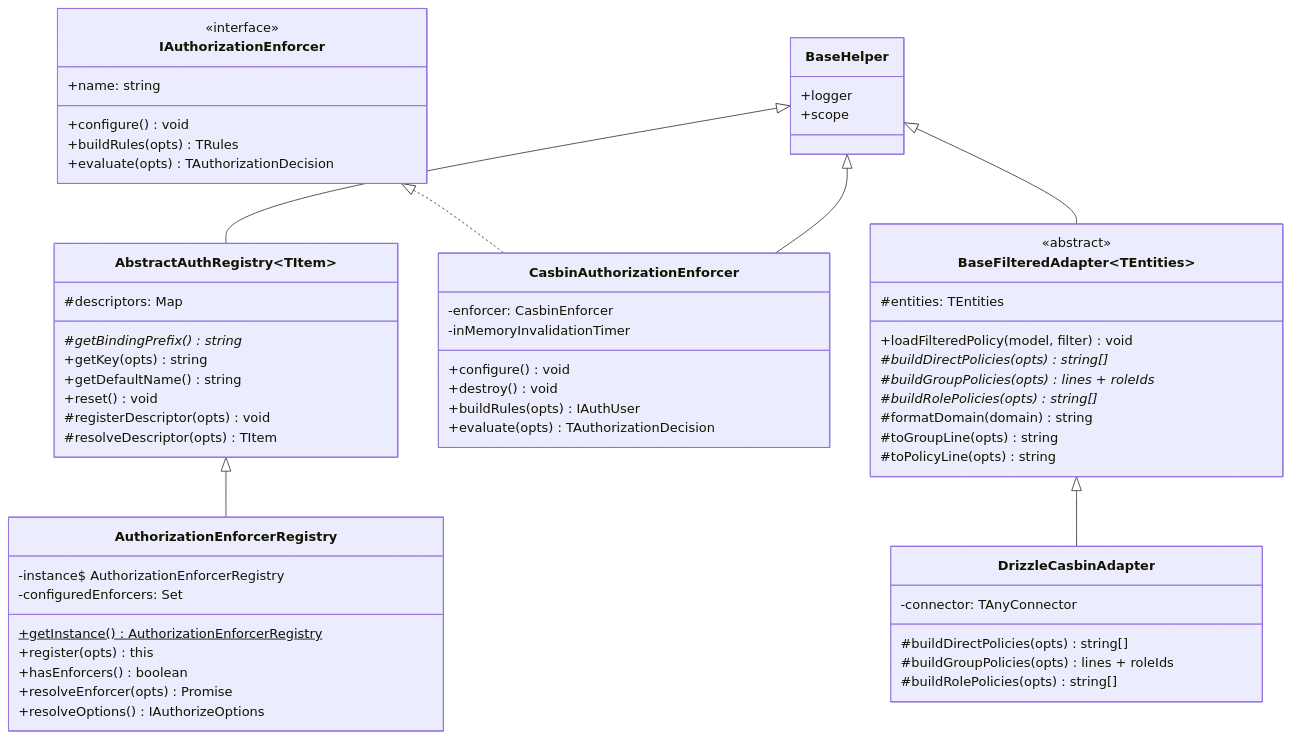
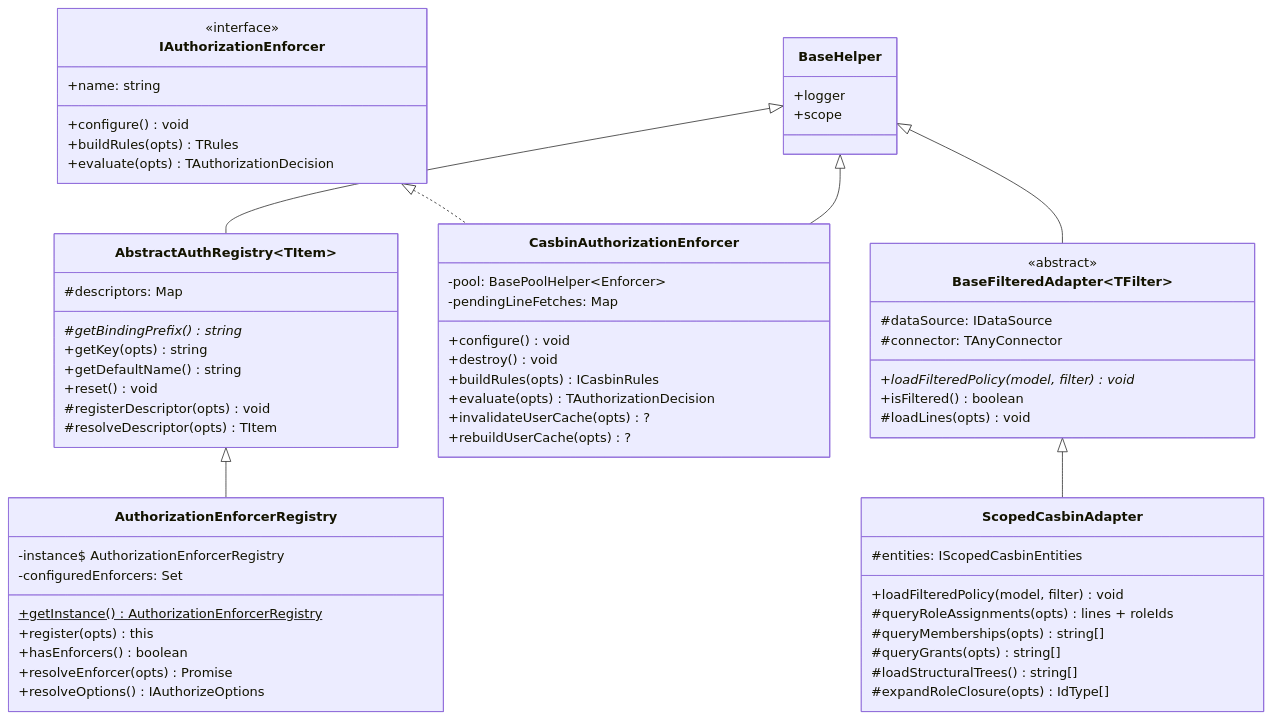
One commit to VENIZIA-AI/ignis changed the third of 6 diagrams in packages/docs/wiki/extensions/components/authorization/api.md. Above: the diagram before and after it, drawn with Mermaid. The commit also changed other lines of this file and 62 other files, not shown here.

Commit message:
refactor queue helper to sequential queue helper | significant enhance drizzle casbin adapter

````diff
--- a/packages/docs/wiki/extensions/components/authorization/api.md
+++ b/packages/docs/wiki/extensions/components/authorization/api.md
@@ -74,70 +74,72 @@
 ```mermaid
 classDiagram
     class BaseHelper {
         +logger
         +scope
     }
 
     class AbstractAuthRegistry~TItem~ {
         #descriptors: Map
         #getBindingPrefix()* string
         +getKey(opts) string
         +getDefaultName() string
         +reset() void
         #registerDescriptor(opts) void
         #resolveDescriptor(opts) TItem
     }
 
     class AuthorizationEnforcerRegistry {
         -instance$ AuthorizationEnforcerRegistry
         -configuredEnforcers: Set
         +getInstance()$ AuthorizationEnforcerRegistry
         +register(opts) this
         +hasEnforcers() boolean
         +resolveEnforcer(opts) Promise
         +resolveOptions() IAuthorizeOptions
     }
 
     class IAuthorizationEnforcer {
         <<interface>>
         +name: string
         +configure() void
         +buildRules(opts) TRules
         +evaluate(opts) TAuthorizationDecision
     }
 
     class CasbinAuthorizationEnforcer {
-        -enforcer: CasbinEnforcer
-        -inMemoryInvalidationTimer
+        -pool: BasePoolHelper~Enforcer~
+        -pendingLineFetches: Map
         +configure() void
         +destroy() void
-        +buildRules(opts) IAuthUser
+        +buildRules(opts) ICasbinRules
         +evaluate(opts) TAuthorizationDecision
+        +invalidateUserCache(opts)? 
+        +rebuildUserCache(opts)?
     }
 
-    class BaseFilteredAdapter~TEntities~ {
+    class BaseFilteredAdapter~TFilter~ {
         <<abstract>>
-        #entities: TEntities
-        +loadFilteredPolicy(model, filter) void
-        #buildDirectPolicies(opts)* string[]
-        #buildGroupPolicies(opts)* lines + roleIds
-        #buildRolePolicies(opts)* string[]
-        #formatDomain(domain) string
-        #toGroupLine(opts) string
-        #toPolicyLine(opts) string
+        #dataSource: IDataSource
+        #connector: TAnyConnector
+        +loadFilteredPolicy(model, filter)* void
+        +isFiltered() boolean
+        #loadLines(opts) void
     }
 
-    class DrizzleCasbinAdapter {
-        -connector: TAnyConnector
-        #buildDirectPolicies(opts) string[]
-        #buildGroupPolicies(opts) lines + roleIds
-        #buildRolePolicies(opts) string[]
+    class ScopedCasbinAdapter {
+        #entities: IScopedCasbinEntities
+        +loadFilteredPolicy(model, filter) void
+        #queryRoleAssignments(opts) lines + roleIds
+        #queryMemberships(opts) string[]
+        #queryGrants(opts) string[]
+        #loadStructuralTrees() string[]
+        #expandRoleClosure(opts) IdType[]
     }
 
     BaseHelper <|-- AbstractAuthRegistry
     AbstractAuthRegistry <|-- AuthorizationEnforcerRegistry
     IAuthorizationEnforcer <|.. CasbinAuthorizationEnforcer
     BaseHelper <|-- CasbinAuthorizationEnforcer
     BaseHelper <|-- BaseFilteredAdapter
-    BaseFilteredAdapter <|-- DrizzleCasbinAdapter
+    BaseFilteredAdapter <|-- ScopedCasbinAdapter
 ```
````
